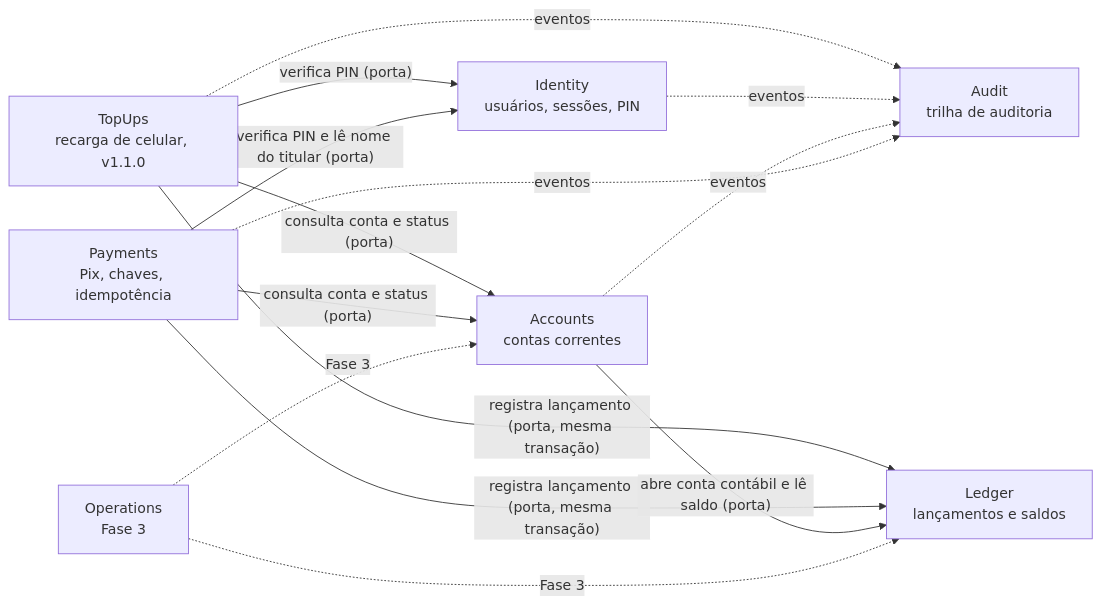
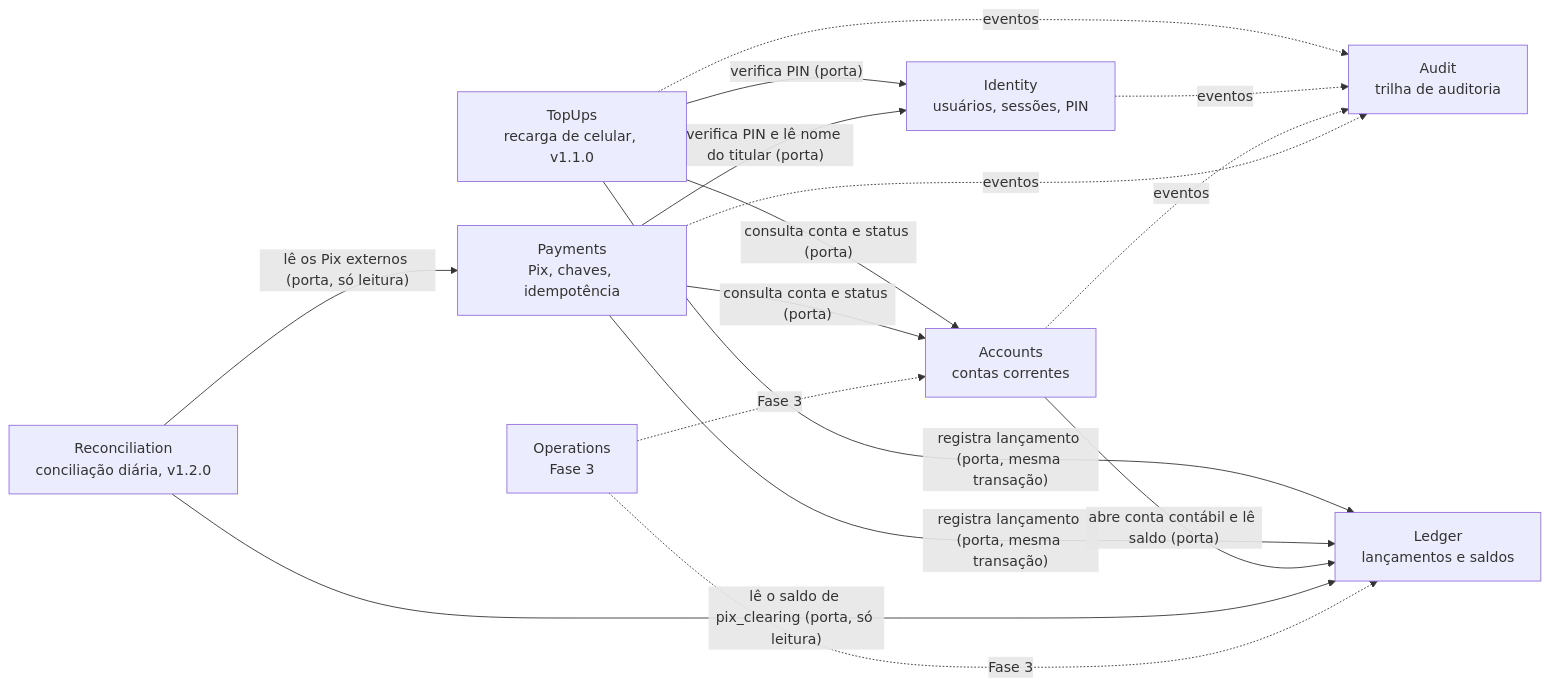
One commit to renatomf/next-bank changed the first of 3 diagrams in docs/architecture/domain-model.md. Above: the diagram before and after it, drawn with Mermaid. The commit also changed other lines of this file and 5 other files, not shown here.

First line of the commit message:
docs(docs): record task 6, ADR 0018 and the reconciliation schema

````diff
--- a/docs/architecture/domain-model.md
+++ b/docs/architecture/domain-model.md
@@ -26,25 +26,28 @@
 ```mermaid
 flowchart LR
     ID[Identity<br/>usuários, sessões, PIN]
     AC[Accounts<br/>contas correntes]
     LE[Ledger<br/>lançamentos e saldos]
     PA[Payments<br/>Pix, chaves, idempotência]
     AU[Audit<br/>trilha de auditoria]
     TU[TopUps<br/>recarga de celular, v1.1.0]
+    RE[Reconciliation<br/>conciliação diária, v1.2.0]
     OP[Operations<br/>Fase 3]
 
     TU -- "verifica PIN (porta)" --> ID
     TU -- "consulta conta e status (porta)" --> AC
     TU -- "registra lançamento (porta, mesma transação)" --> LE
     TU -. eventos .-> AU
 
     PA -- "verifica PIN e lê nome do titular (porta)" --> ID
     PA -- "consulta conta e status (porta)" --> AC
     PA -- "registra lançamento (porta, mesma transação)" --> LE
     AC -- "abre conta contábil e lê saldo (porta)" --> LE
+    RE -- "lê os Pix externos (porta, só leitura)" --> PA
+    RE -- "lê o saldo de pix_clearing (porta, só leitura)" --> LE
     ID -. eventos .-> AU
     AC -. eventos .-> AU
     PA -. eventos .-> AU
     OP -. Fase 3 .-> AC
     OP -. Fase 3 .-> LE
 ```
````
